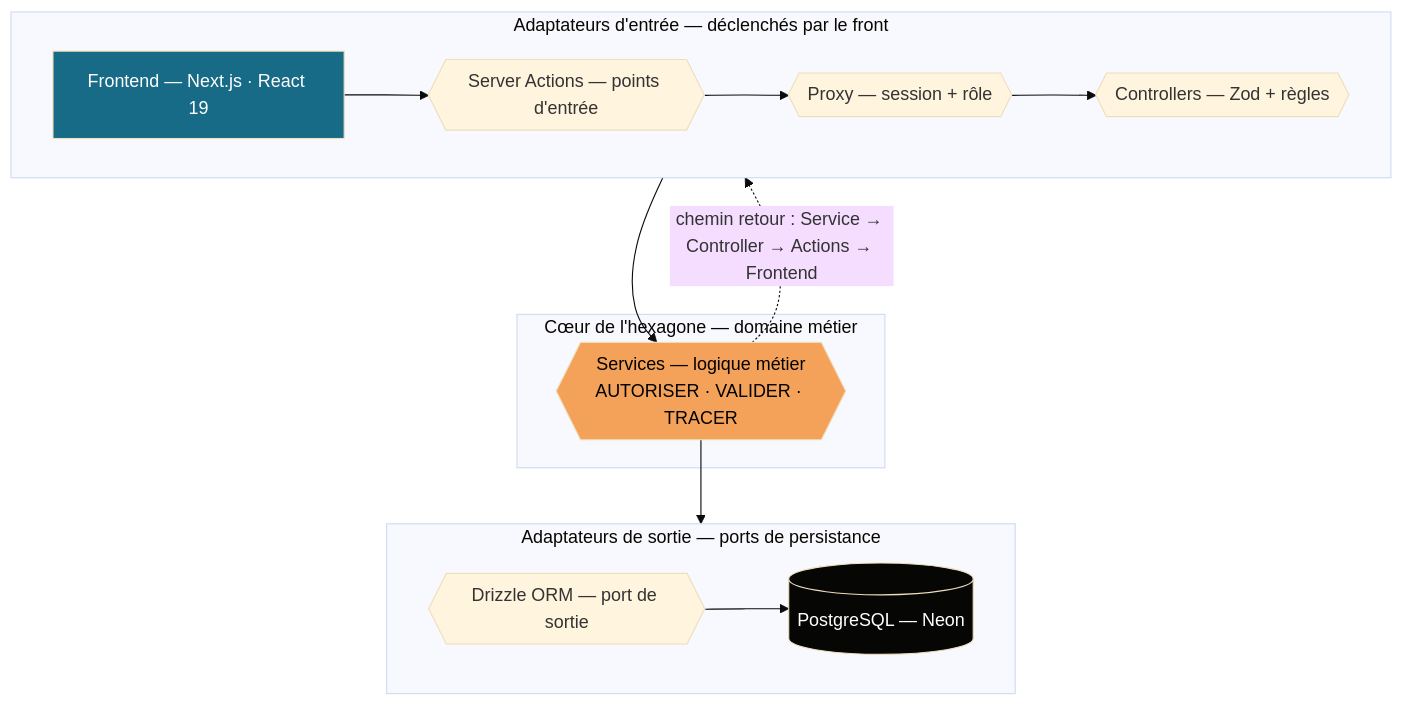
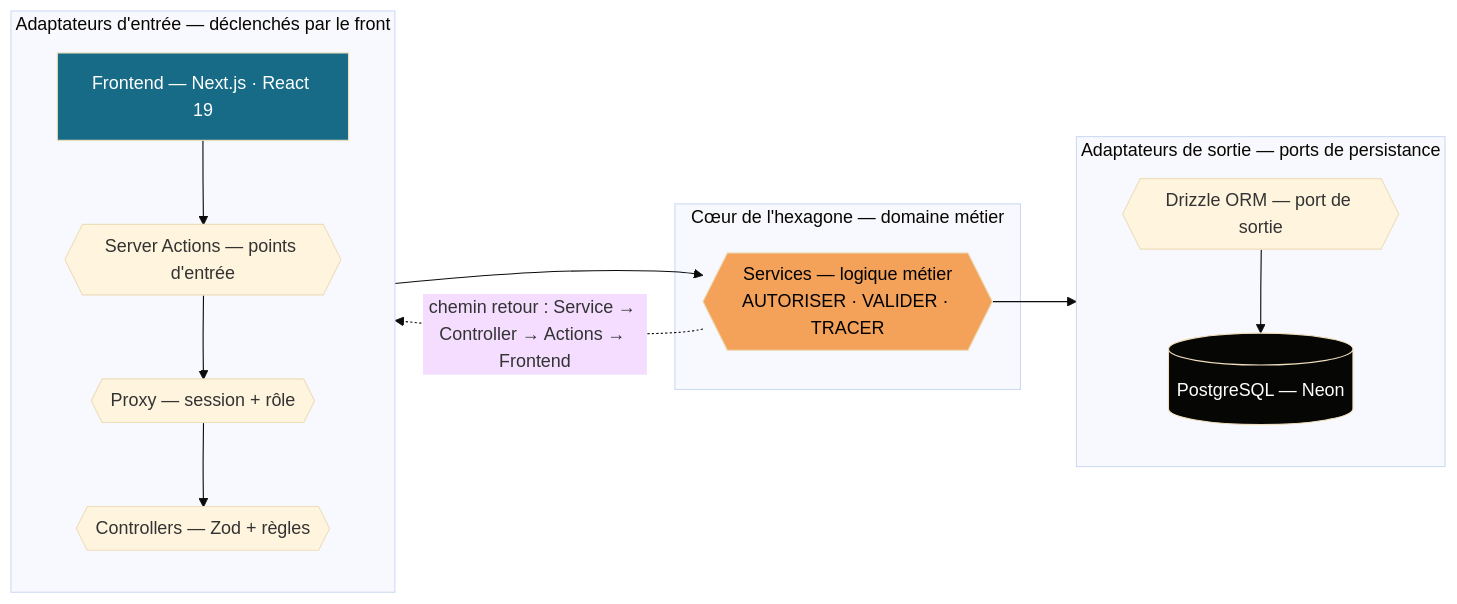
One commit to Mamoru-fr/AMT-Express changed the eighth of 9 diagrams in documents/dossiers/dossierProjet/v1-complet/dossierProjetRNCP.md. Above: the diagram before and after it, drawn with Mermaid (base theme). The commit also changed other lines of this file, not shown here.

Commit message:
docs(dossier): passe compaction rendu PDF — US4 pleine largeur, diagrammes zoomés, hexagone horizontal, client FR/EN côte à côte, arborescence 2 colonnes

````diff
--- a/documents/dossiers/dossierProjet/v1-complet/dossierProjetRNCP.md
+++ b/documents/dossiers/dossierProjet/v1-complet/dossierProjetRNCP.md
@@ -531,26 +537,26 @@
 ```mermaid
-flowchart TB
+flowchart LR
     subgraph IN["Adaptateurs d'entrée — déclenchés par le front"]
-        direction LR
+        direction TB
         FE["Frontend — Next.js · React 19"]
         SA{{"Server Actions — points d'entrée"}}
         PX{{"Proxy — session + rôle"}}
         CT{{"Controllers — Zod + règles"}}
     end
     subgraph CORE["Cœur de l'hexagone — domaine métier"]
         SV{{"Services — logique métier<br/>AUTORISER · VALIDER · TRACER"}}
     end
     subgraph OUT["Adaptateurs de sortie — ports de persistance"]
-        direction LR
+        direction TB
         DR{{"Drizzle ORM — port de sortie"}}
         DB[("PostgreSQL — Neon")]
     end
     FE --> SA --> PX --> CT
     CT --> SV
     SV --> DR
     DR --> DB
     SV -. "chemin retour : Service → Controller → Actions → Frontend" .-> FE
     style FE fill:#176B87,color:#fff
     style SV fill:#F4A259,color:#000
     style DB fill:#060605,color:#fff
 ```
````
